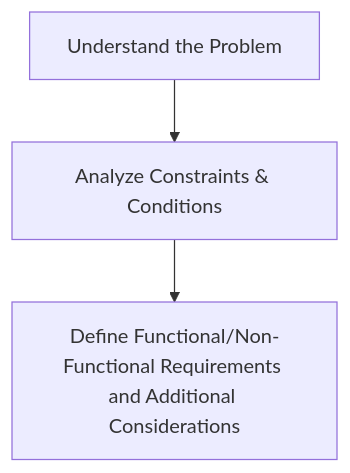
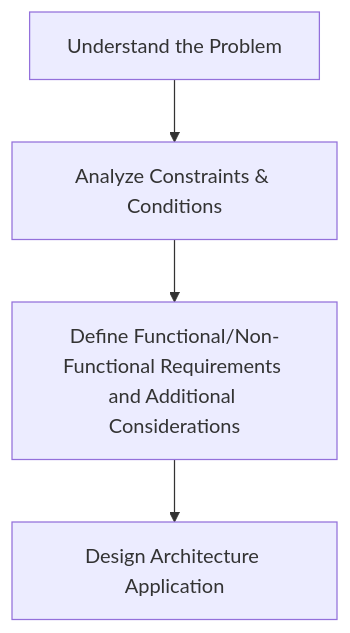
The diagram in README.md (ahsanulks/finance-tracker), drawn with Mermaid before and after one commit. The commit also changed other lines of this file, not shown here.

Commit message:
docs: add step design architecture on workflow

````diff
--- a/README.md
+++ b/README.md
@@ -85,5 +85,6 @@
 ```mermaid
 flowchart TB
     A[Understand the Problem] --> B[Analyze Constraints & Conditions]
     B --> C[Define Functional/Non-Functional Requirements and Additional Considerations]
+    C --> D[Design Architecture Application]
 ```
````
